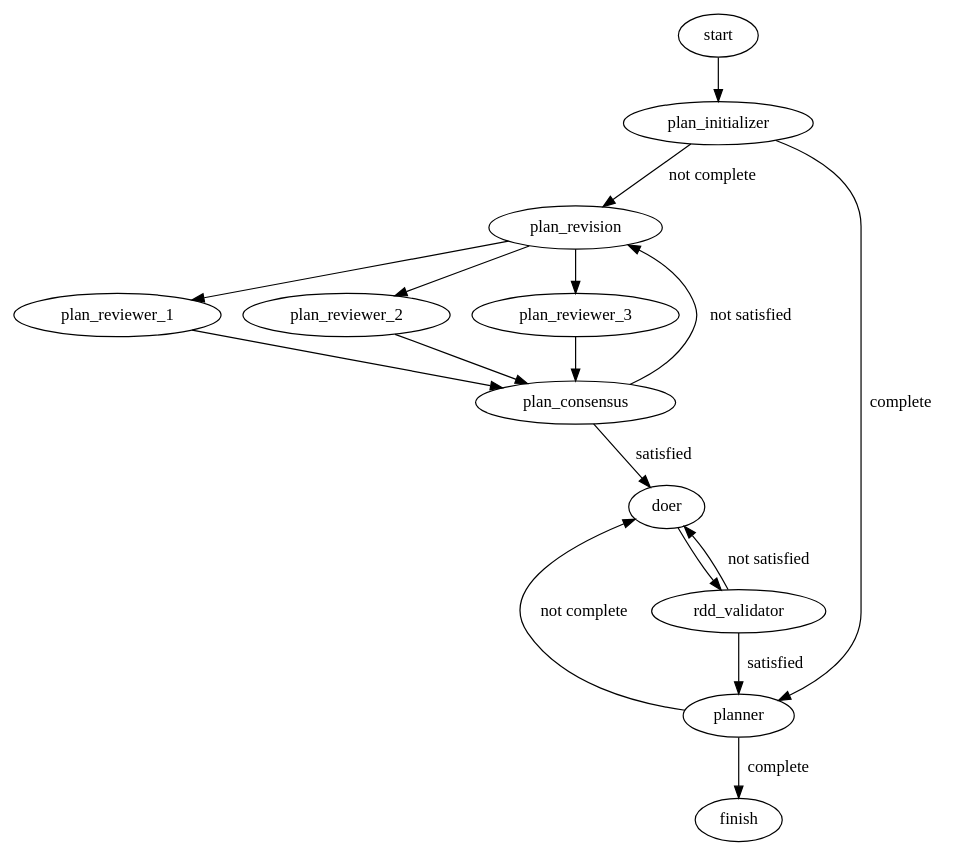
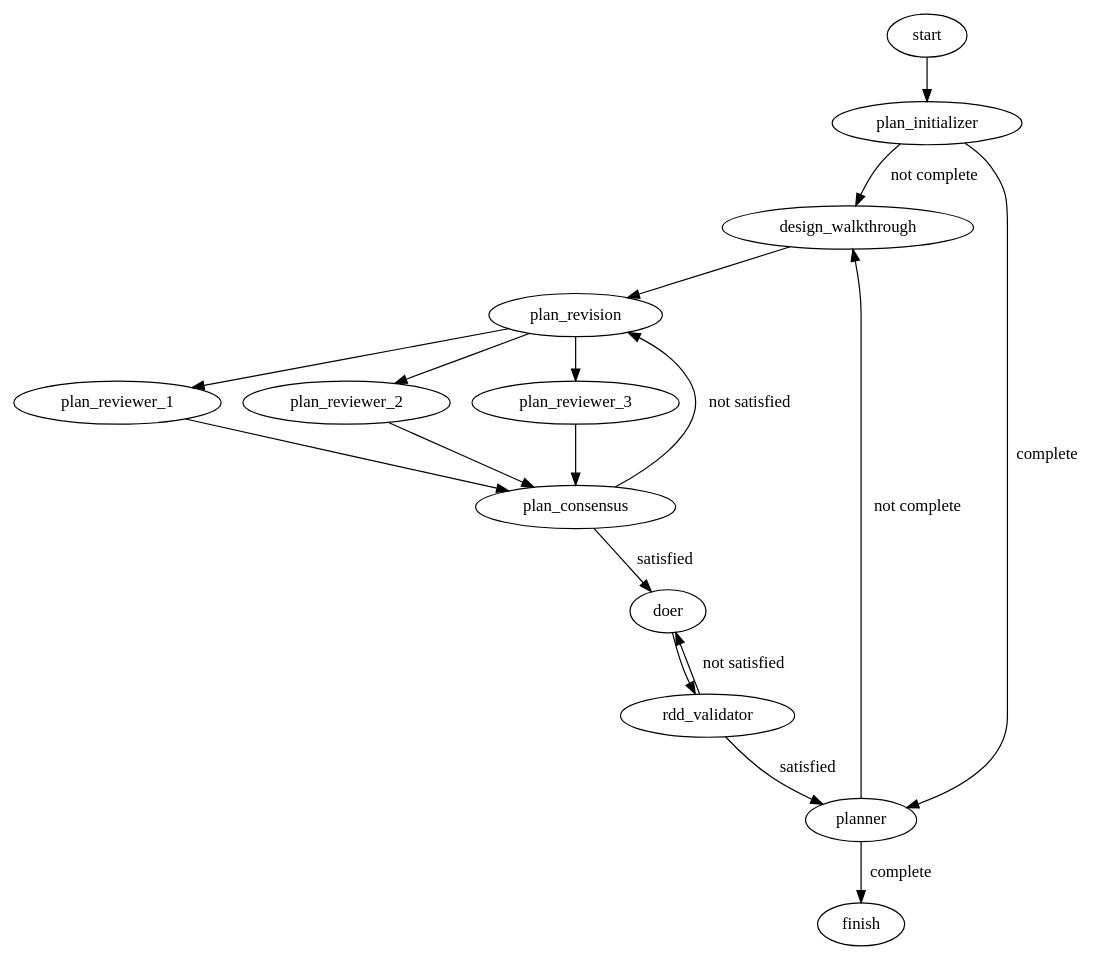
The diagram in qubigo/.assembly-lines/careful-plan.dot (rwestgeest/libby), drawn with Graphviz before and after one commit. The commit also changed 22 other files, not shown here.

```diff
--- a/qubigo/.assembly-lines/careful-plan.dot
+++ b/qubigo/.assembly-lines/careful-plan.dot
@@ -1,18 +1,19 @@
 digraph assembly_line {
   start -> plan_initializer
-  plan_initializer -> plan_revision [label="not complete"]
+  plan_initializer -> design_walkthrough [label="not complete"]
+  design_walkthrough -> plan_revision
   plan_initializer -> planner [label="complete"]
-  planner -> doer [label="not complete"]
+  planner -> design_walkthrough [label="not complete"]
   planner -> finish [label="complete"]
   plan_revision -> plan_reviewer_1
   plan_revision -> plan_reviewer_2
   plan_revision -> plan_reviewer_3
   plan_reviewer_1 -> plan_consensus
   plan_reviewer_2 -> plan_consensus
   plan_reviewer_3 -> plan_consensus
   plan_consensus -> plan_revision [label="not satisfied"]
   plan_consensus -> doer [label="satisfied"]
   doer -> rdd_validator
   rdd_validator -> doer [label="not satisfied"]
   rdd_validator -> planner [label="satisfied"]
 }
```
